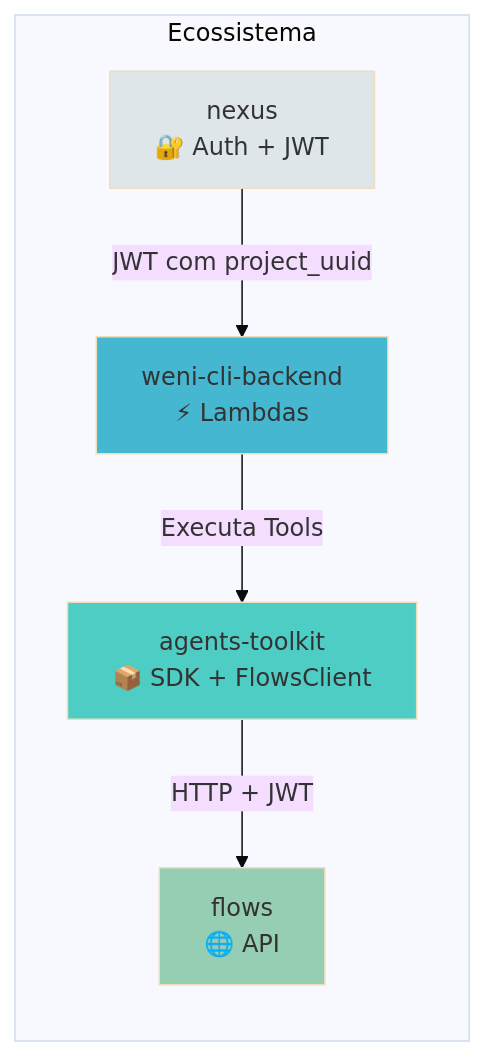
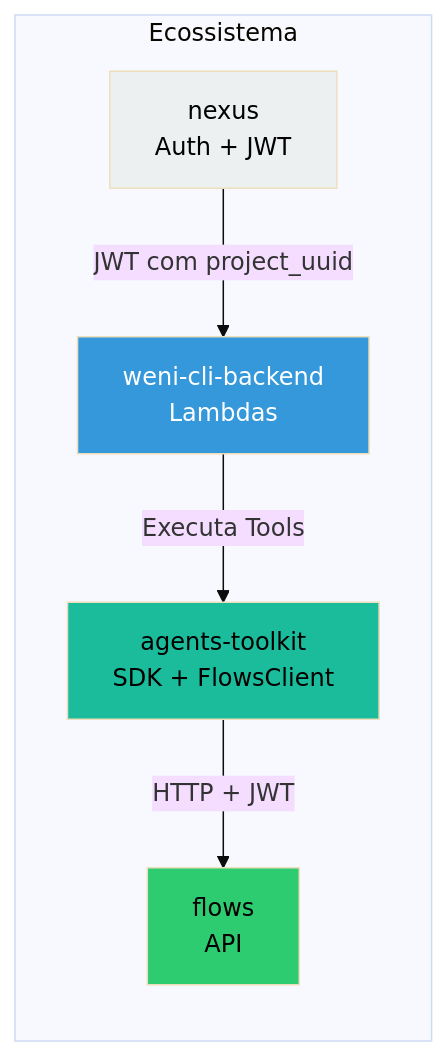
The ninth of 10 diagrams in docs/architecture/flows-integration-proposal.md (weni-ai/agents-toolkit), drawn with Mermaid (base theme) before and after one commit. The commit also changed other lines of this file, not shown here.

````diff
--- a/docs/architecture/flows-integration-proposal.md
+++ b/docs/architecture/flows-integration-proposal.md
@@ -390,18 +408,18 @@
 ```mermaid
 flowchart LR
     subgraph "Ecossistema"
-        AT[agents-toolkit<br/>📦 SDK + FlowsClient]
-        CB[weni-cli-backend<br/>⚡ Lambdas]
-        FL[flows<br/>🌐 API]
-        NX[nexus<br/>🔐 Auth + JWT]
+        AT[agents-toolkit<br/>SDK + FlowsClient]
+        CB[weni-cli-backend<br/>Lambdas]
+        FL[flows<br/>API]
+        NX[nexus<br/>Auth + JWT]
     end
     
     NX -->|JWT com project_uuid| CB
     CB -->|Executa Tools| AT
     AT -->|HTTP + JWT| FL
     
-    style AT fill:#4ecdc4
-    style CB fill:#45b7d1
-    style FL fill:#96ceb4
-    style NX fill:#dfe6e9
+    style AT fill:#1abc9c,color:#000
+    style CB fill:#3498db,color:#fff
+    style FL fill:#2ecc71,color:#000
+    style NX fill:#ecf0f1,color:#000
 ```
````
